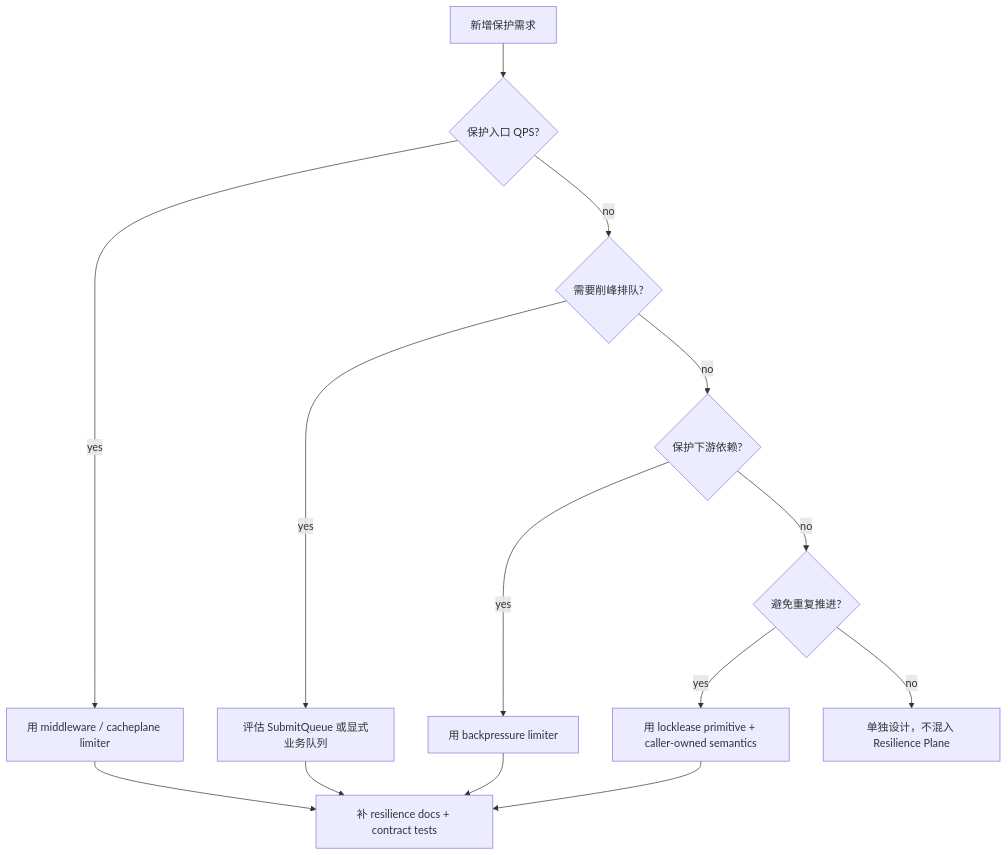
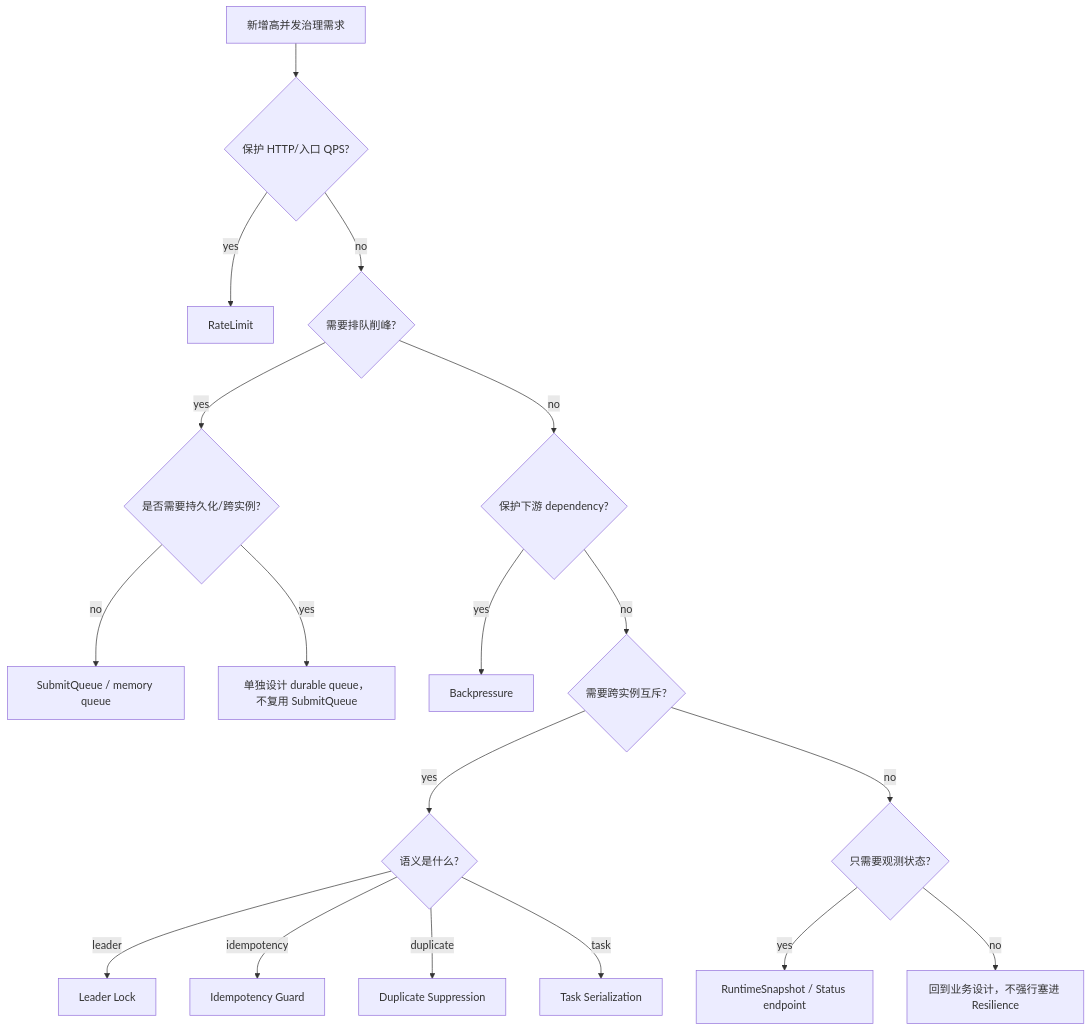
One commit to FangcunMount/qs-server changed the diagram in docs/03-基础设施/resilience/06-新增高并发治理能力SOP.md. Above: the diagram before and after it, drawn with Mermaid. The commit also changed other lines of this file and 8 other files, not shown here.

````diff
--- a/docs/03-基础设施/resilience/06-新增高并发治理能力SOP.md
+++ b/docs/03-基础设施/resilience/06-新增高并发治理能力SOP.md
@@ -14,23 +63,20 @@
 ```mermaid
 flowchart TD
-    start["新增保护需求"]
-    entry{"保护入口 QPS?"}
-    queue{"需要削峰排队?"}
-    dep{"保护下游依赖?"}
-    duplicate{"避免重复推进?"}
-    docs["补 resilience docs + contract tests"]
-
-    start --> entry
-    entry -->|yes| limit["用 middleware / cacheplane limiter"]
-    entry -->|no| queue
-    queue -->|yes| submit["评估 SubmitQueue 或显式业务队列"]
-    queue -->|no| dep
-    dep -->|yes| bp["用 backpressure limiter"]
-    dep -->|no| duplicate
-    duplicate -->|yes| lock["用 locklease primitive + caller-owned semantics"]
-    duplicate -->|no| design["单独设计，不混入 Resilience Plane"]
-    limit --> docs
-    submit --> docs
-    bp --> docs
-    lock --> docs
+    start["新增高并发治理需求"] --> entry{"保护 HTTP/入口 QPS?"}
+    entry -->|yes| rate["RateLimit"]
+    entry -->|no| queue{"需要排队削峰?"}
+    queue -->|yes| qtype{"是否需要持久化/跨实例?"}
+    qtype -->|no| submitq["SubmitQueue / memory queue"]
+    qtype -->|yes| durable["单独设计 durable queue，不复用 SubmitQueue"]
+    queue -->|no| dep{"保护下游 dependency?"}
+    dep -->|yes| bp["Backpressure"]
+    dep -->|no| lock{"需要跨实例互斥?"}
+    lock -->|yes| ltype{"语义是什么?"}
+    ltype -->|leader| leader["Leader Lock"]
+    ltype -->|idempotency| idem["Idempotency Guard"]
+    ltype -->|duplicate| dup["Duplicate Suppression"]
+    ltype -->|task| task["Task Serialization"]
+    lock -->|no| obs{"只需要观测状态?"}
+    obs -->|yes| status["RuntimeSnapshot / Status endpoint"]
+    obs -->|no| redesign["回到业务设计，不强行塞进 Resilience"]
 ```
````
